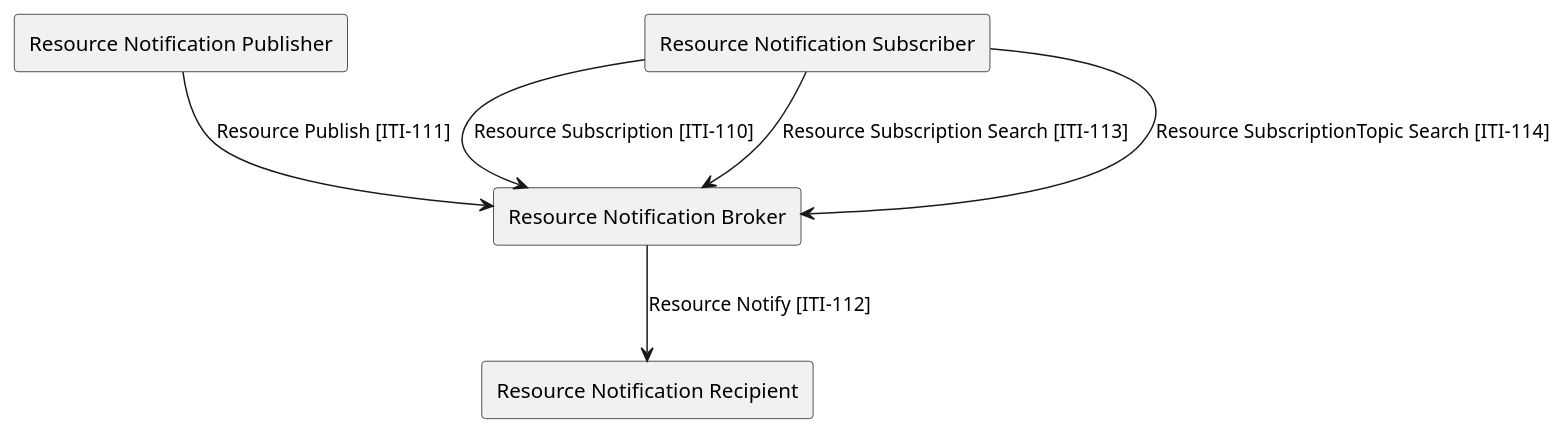
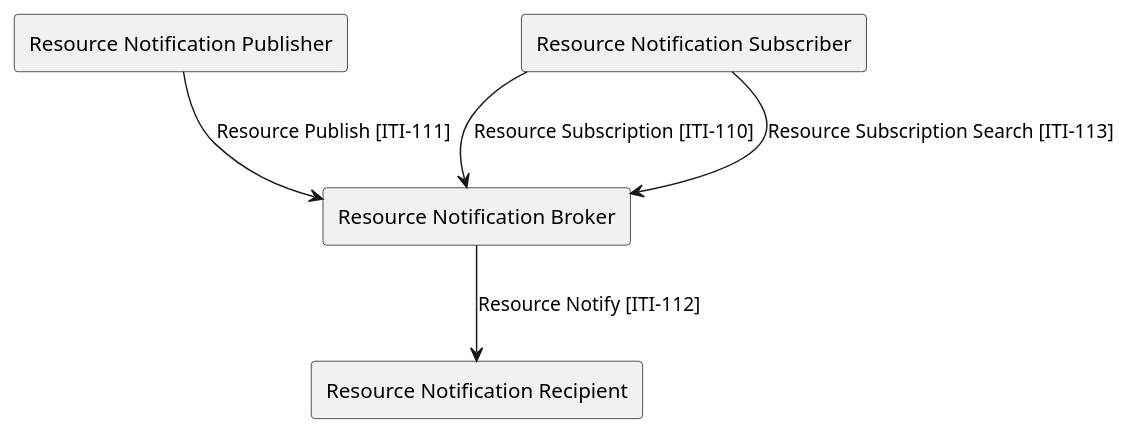
One commit to IHE/ITI.DSUBm changed the diagram in input/images-source/ActorsAndTransactions.plantuml. Above: the diagram before and after it, drawn with PlantUML. The commit also changed 2 other files, not shown here.

```diff
--- a/input/images-source/ActorsAndTransactions.plantuml
+++ b/input/images-source/ActorsAndTransactions.plantuml
@@ -1,11 +1,11 @@
 @startuml
 agent "Resource Notification Publisher" as Publisher
 agent "Resource Notification Broker" as Broker
 agent "Resource Notification Subscriber" as Subscriber
 agent "Resource Notification Recipient" as Recipient
 Publisher --> Broker : "Resource Publish [ITI-111]"
 Subscriber --> Broker : "Resource Subscription [ITI-110]"
 Subscriber --> Broker : "Resource Subscription Search [ITI-113]"
-Subscriber --> Broker : "Resource SubscriptionTopic Search [ITI-114]"
+' reserved for R4B and R5 fhir version implementations: Subscriber --> Broker : "Resource SubscriptionTopic Search [ITI-114]  "
 Broker --> Recipient : "Resource Notify [ITI-112]"
 @enduml
```
